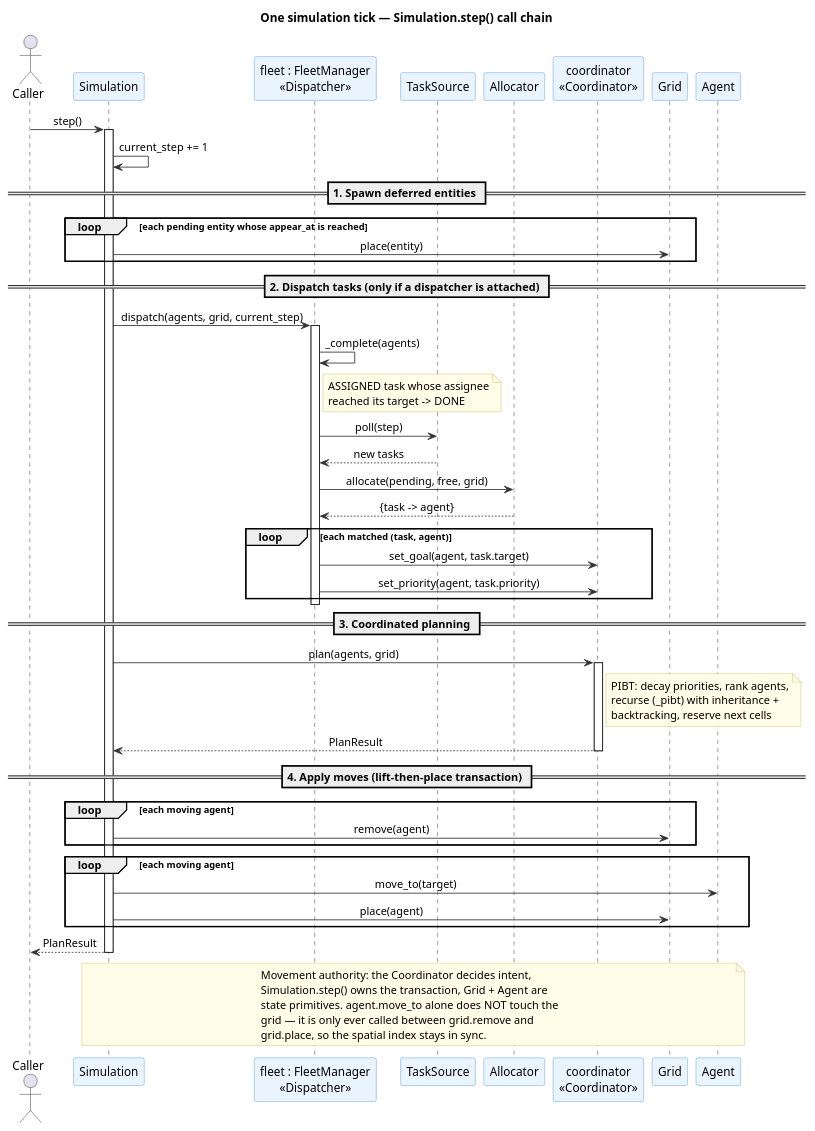
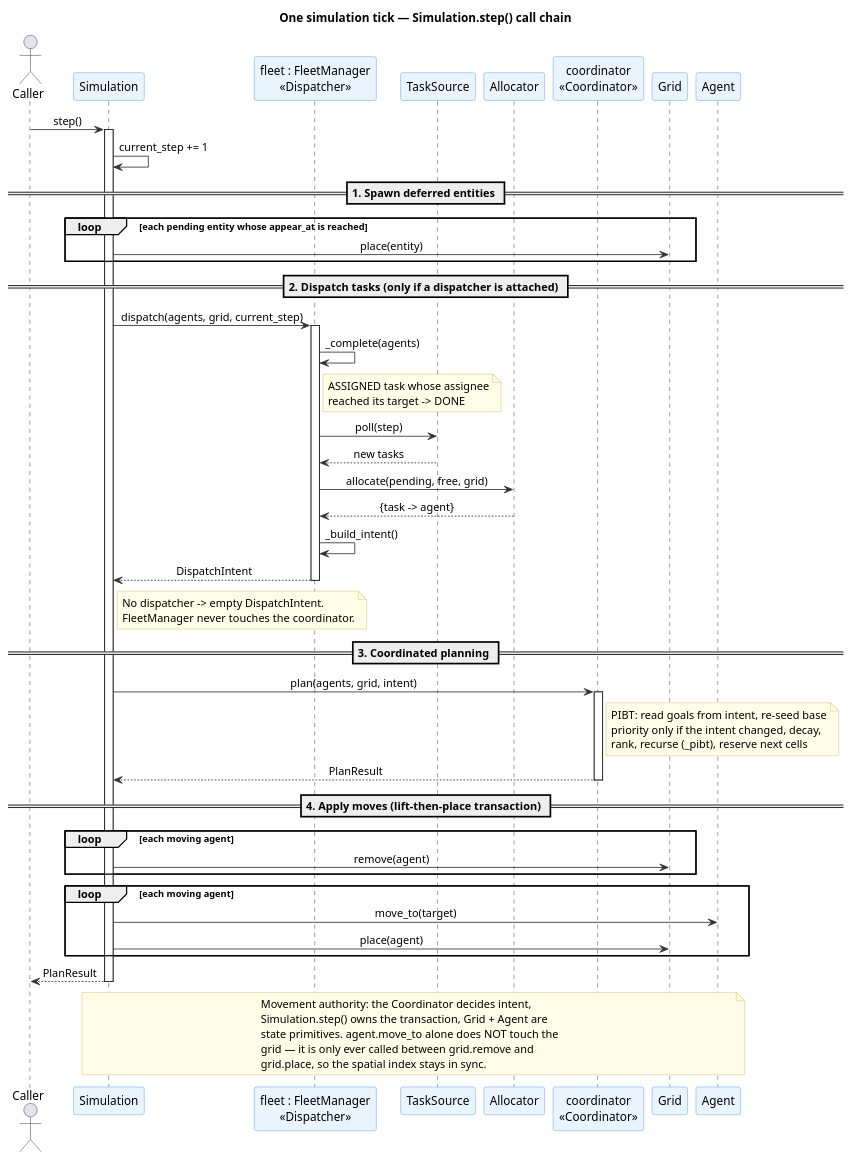
The diagram in diagrammes/sequence_tick.puml (RasdaCorentin/MAPF_Simulation), drawn with PlantUML before and after one commit. The commit also changed 15 other files, not shown here.

First line of the commit message:
feat(core)!: replace coordinator state-sink with a DispatchIntent pipeline

```diff
--- a/diagrammes/sequence_tick.puml
+++ b/diagrammes/sequence_tick.puml
@@ -1,80 +1,82 @@
 @startuml sequence_tick
 
 title One simulation tick — Simulation.step() call chain
 
 skinparam SequenceMessageAlign center
 skinparam ParticipantBorderColor #4A90D9
 skinparam ParticipantBackgroundColor #EAF4FF
 skinparam ArrowColor #333333
 skinparam NoteBackgroundColor #FFFDE7
 skinparam NoteBorderColor #C9B458
 
 actor Caller
 participant Simulation
 participant "fleet : FleetManager\n<<Dispatcher>>" as Fleet
 participant TaskSource
 participant Allocator
 participant "coordinator\n<<Coordinator>>" as Coord
 participant Grid
 participant Agent
 
 Caller -> Simulation : step()
 activate Simulation
 
 Simulation -> Simulation : current_step += 1
 
 == 1. Spawn deferred entities ==
 loop each pending entity whose appear_at is reached
     Simulation -> Grid : place(entity)
 end
 
 == 2. Dispatch tasks (only if a dispatcher is attached) ==
 Simulation -> Fleet : dispatch(agents, grid, current_step)
 activate Fleet
     Fleet -> Fleet : _complete(agents)
     note right of Fleet
       ASSIGNED task whose assignee
       reached its target -> DONE
     end note
     Fleet -> TaskSource : poll(step)
     TaskSource --> Fleet : new tasks
     Fleet -> Allocator : allocate(pending, free, grid)
     Allocator --> Fleet : {task -> agent}
-    loop each matched (task, agent)
-        Fleet -> Coord : set_goal(agent, task.target)
-        Fleet -> Coord : set_priority(agent, task.priority)
-    end
+    Fleet -> Fleet : _build_intent()
+    Fleet --> Simulation : DispatchIntent
 deactivate Fleet
+note right of Simulation
+  No dispatcher -> empty DispatchIntent.
+  FleetManager never touches the coordinator.
+end note
 
 == 3. Coordinated planning ==
-Simulation -> Coord : plan(agents, grid)
+Simulation -> Coord : plan(agents, grid, intent)
 activate Coord
     note right of Coord
-      PIBT: decay priorities, rank agents,
-      recurse (_pibt) with inheritance +
-      backtracking, reserve next cells
+      PIBT: read goals from intent, re-seed base
+      priority only if the intent changed, decay,
+      rank, recurse (_pibt), reserve next cells
     end note
     Coord --> Simulation : PlanResult
 deactivate Coord
 
 == 4. Apply moves (lift-then-place transaction) ==
 loop each moving agent
     Simulation -> Grid : remove(agent)
 end
 loop each moving agent
     Simulation -> Agent : move_to(target)
     Simulation -> Grid : place(agent)
 end
 
 Simulation --> Caller : PlanResult
 deactivate Simulation
 
 note over Simulation, Agent
   Movement authority: the Coordinator decides intent,
   Simulation.step() owns the transaction, Grid + Agent are
   state primitives. agent.move_to alone does NOT touch the
   grid — it is only ever called between grid.remove and
   grid.place, so the spatial index stays in sync.
 end note
 
 @enduml
```
